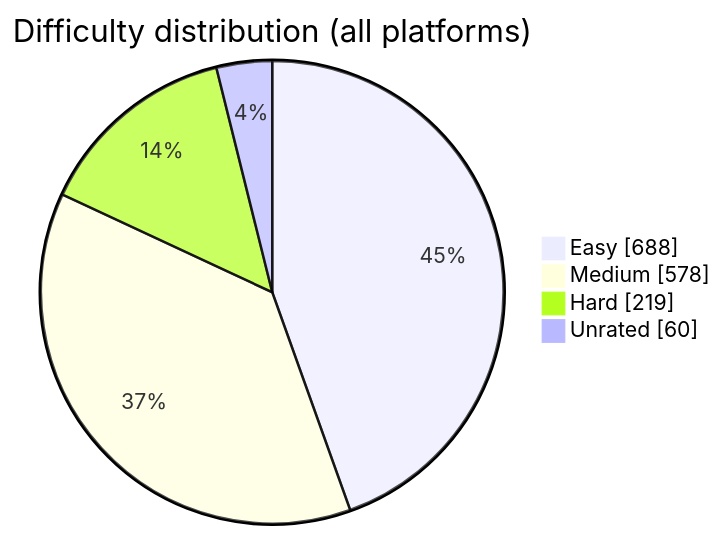
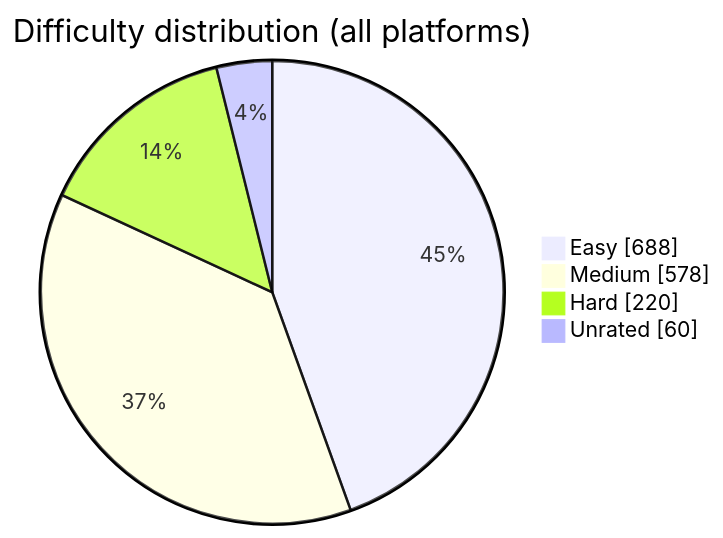
The diagram in README.md (BuildbyArindam/Daily-Coding-Log), drawn with Mermaid before and after one commit. The commit also changed other lines of this file, not shown here.

````diff
--- a/README.md
+++ b/README.md
@@ -93,7 +93,7 @@
 ```mermaid
 pie showData title Difficulty distribution (all platforms)
     "Easy" : 688
     "Medium" : 578
-    "Hard" : 219
+    "Hard" : 220
     "Unrated" : 60
 ```
````
